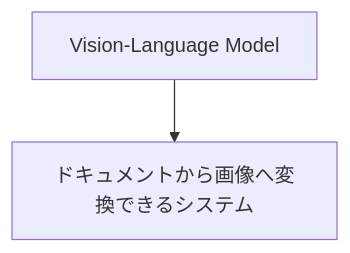
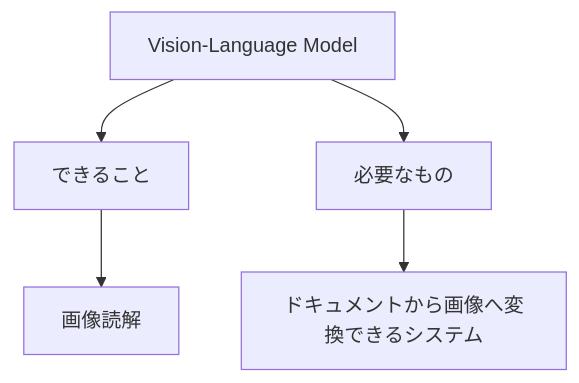
One commit to SparklingDetergent/doc_genai_Proposal_for_introducing_generative_AI_with_emphasis_on_safety changed the tenth of 13 diagrams in README.md. Above: the diagram before and after it, drawn with Mermaid. The commit also changed other lines of this file, not shown here.

````diff
--- a/README.md
+++ b/README.md
@@ -347,4 +453,7 @@
 ```mermaid
-graph TD;
-    A[Vision-Language Model] --> C[ドキュメントから画像へ変換できるシステム];
+graph TD
+    A[Vision-Language Model] --> B[できること]
+    B --> C[画像読解]
+    A --> D[必要なもの]
+    D --> E[ドキュメントから画像へ変換できるシステム]
 ```
````
